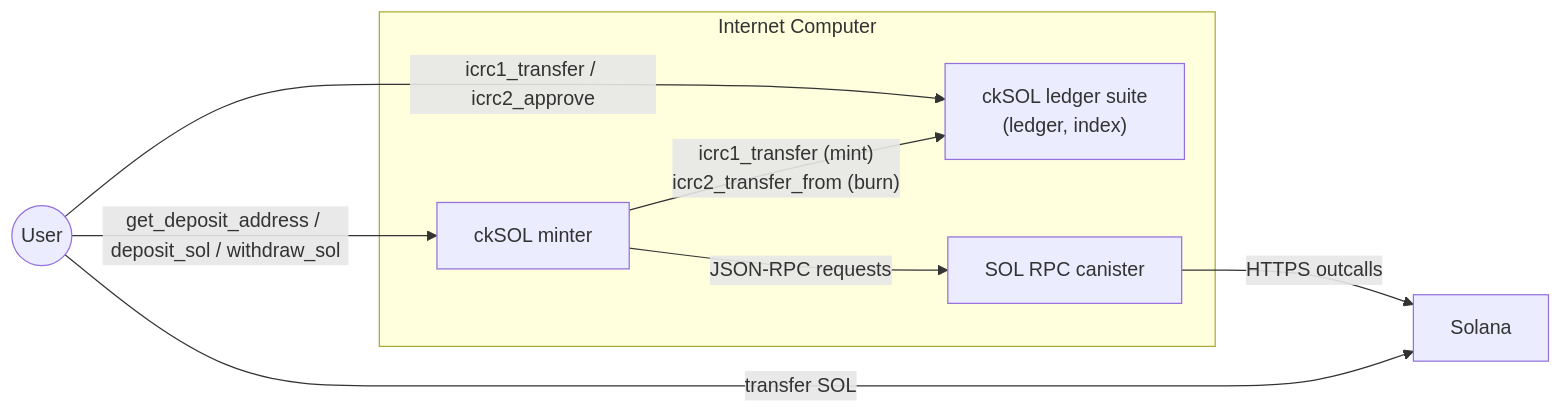
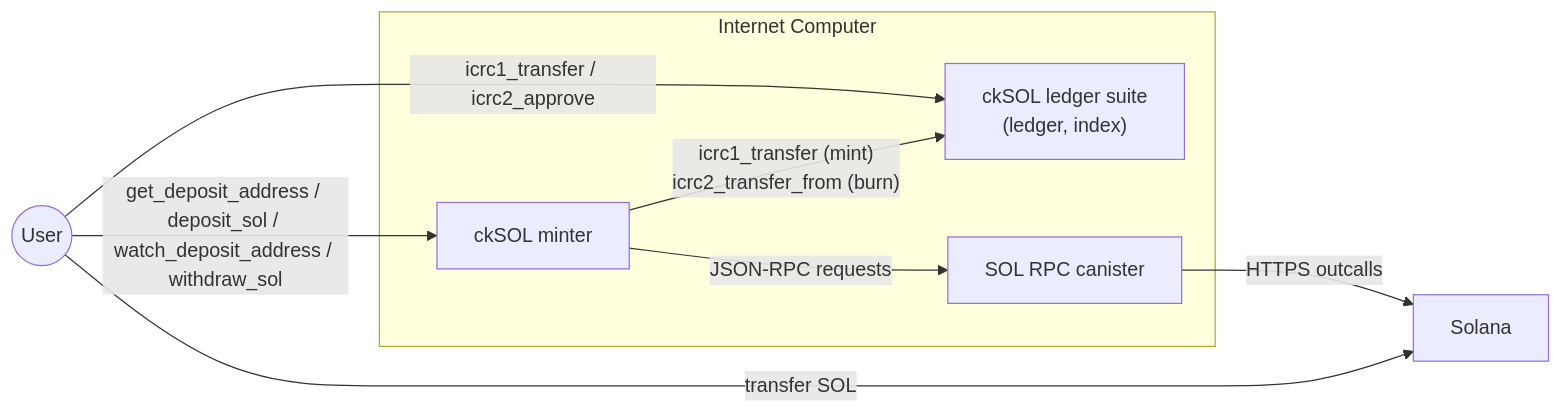
Before and after one commit to dfinity/cksol: the first of 9 diagrams in docs/src/development/design.md, drawn with Mermaid. The commit also changed other lines of this file and 8 other files, not shown here.

First line of the commit message:
docs: align the automatic deposit flow documentation with the implementation (#292)

````diff
--- a/docs/src/development/design.md
+++ b/docs/src/development/design.md
@@ -46,17 +46,17 @@
 ```mermaid
 graph LR
     User((User))
     subgraph IC["Internet Computer"]
         Minter["ckSOL minter"]
         Ledger["ckSOL ledger suite<br/>(ledger, index)"]
         RPC["SOL RPC canister"]
     end
     Solana["Solana"]
 
-    User -- "get_deposit_address / deposit_sol / withdraw_sol" --> Minter
+    User -- "get_deposit_address / deposit_sol / watch_deposit_address / withdraw_sol" --> Minter
     User -- "icrc1_transfer / icrc2_approve" --> Ledger
     Minter -- "icrc1_transfer (mint)<br/>icrc2_transfer_from (burn)" --> Ledger
     Minter -- "JSON-RPC requests" --> RPC
     RPC -- "HTTPS outcalls" --> Solana
     User -- "transfer SOL" --> Solana
 ```
````
